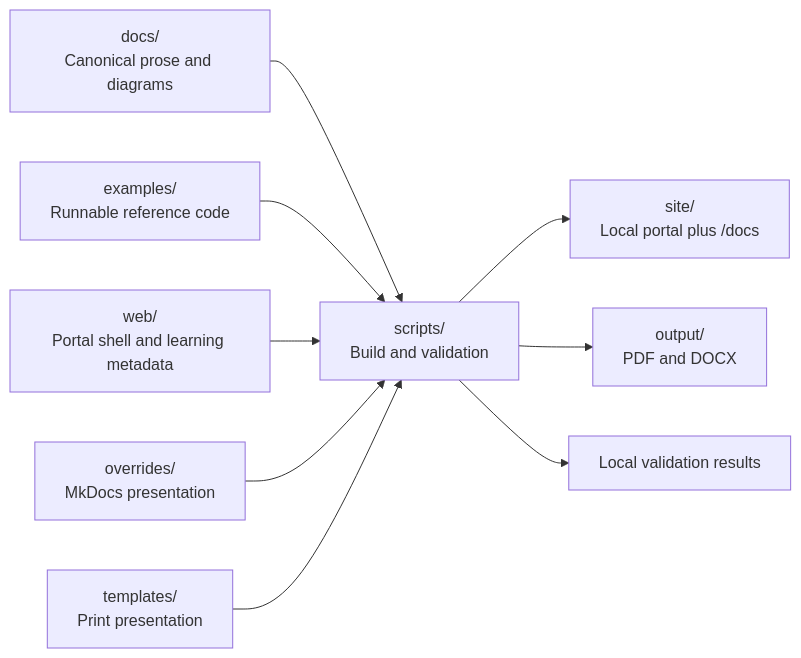
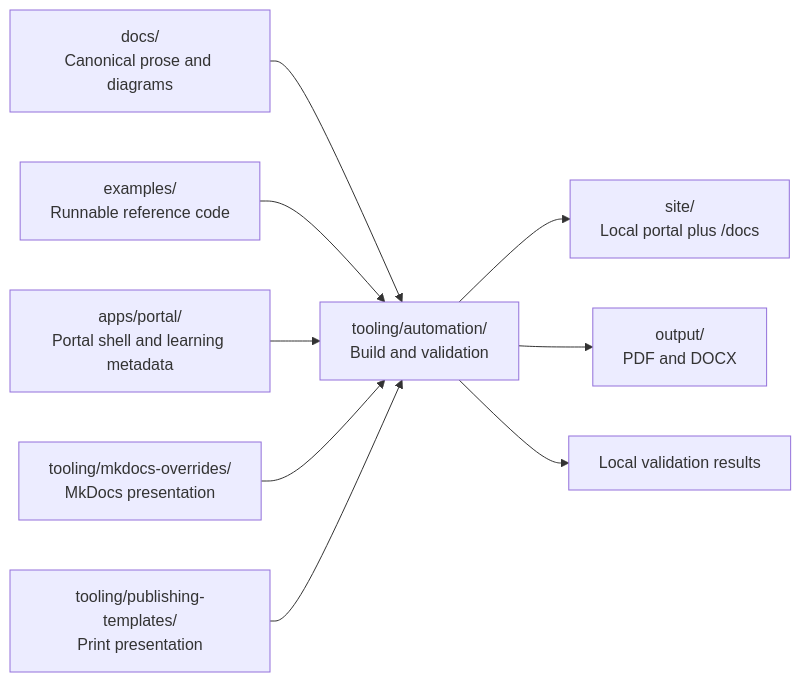
Before and after one commit to vinayreddykalluri/SDE2-Interview-Handbook: the diagram in docs/community/architecture.md, drawn with Mermaid. The commit also changed other lines of this file and 64 other files, not shown here.

````diff
--- a/docs/community/architecture.md
+++ b/docs/community/architecture.md
@@ -7,17 +7,17 @@
 ```mermaid
 flowchart LR
     Docs["docs/<br/>Canonical prose and diagrams"]
     Code["examples/<br/>Runnable reference code"]
-    Portal["web/<br/>Portal shell and learning metadata"]
-    Theme["overrides/<br/>MkDocs presentation"]
-    Templates["templates/<br/>Print presentation"]
-    Scripts["scripts/<br/>Build and validation"]
+    Portal["apps/portal/<br/>Portal shell and learning metadata"]
+    Theme["tooling/mkdocs-overrides/<br/>MkDocs presentation"]
+    Templates["tooling/publishing-templates/<br/>Print presentation"]
+    Scripts["tooling/automation/<br/>Build and validation"]
     Docs --> Scripts
     Code --> Scripts
     Portal --> Scripts
     Theme --> Scripts
     Templates --> Scripts
     Scripts --> Site["site/<br/>Local portal plus /docs"]
     Scripts --> Books["output/<br/>PDF and DOCX"]
     Scripts --> Reports["Local validation results"]
 ```
````
